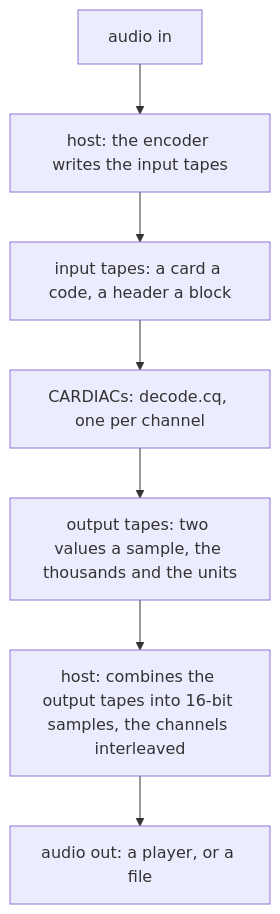
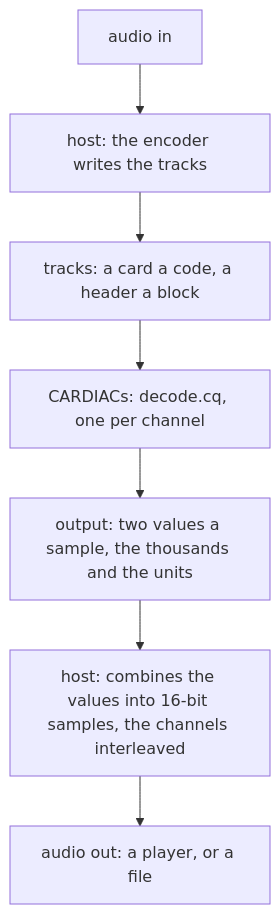
Before and after one commit to StrangeQuery/cardiaq: the first of 4 diagrams in docs/AUDIO.md, drawn with Mermaid. The commit also changed other lines of this file and 6 other files, not shown here.

First line of the commit message:
Audio: tracks, not tapes

````diff
--- a/docs/AUDIO.md
+++ b/docs/AUDIO.md
@@ -44,9 +44,9 @@
 ```mermaid
 flowchart TD
-  A["audio in"] --> H1["host: the encoder writes the input tapes"]
-  H1 --> T1["input tapes: a card a code, a header a block"]
+  A["audio in"] --> H1["host: the encoder writes the tracks"]
+  H1 --> T1["tracks: a card a code, a header a block"]
   T1 --> C["CARDIACs: decode.cq, one per channel"]
-  C --> T2["output tapes: two values a sample, the thousands and the units"]
-  T2 --> H2["host: combines the output tapes into 16-bit samples, the channels interleaved"]
+  C --> T2["output: two values a sample, the thousands and the units"]
+  T2 --> H2["host: combines the values into 16-bit samples, the channels interleaved"]
   H2 --> O["audio out: a player, or a file"]
 ```
````
